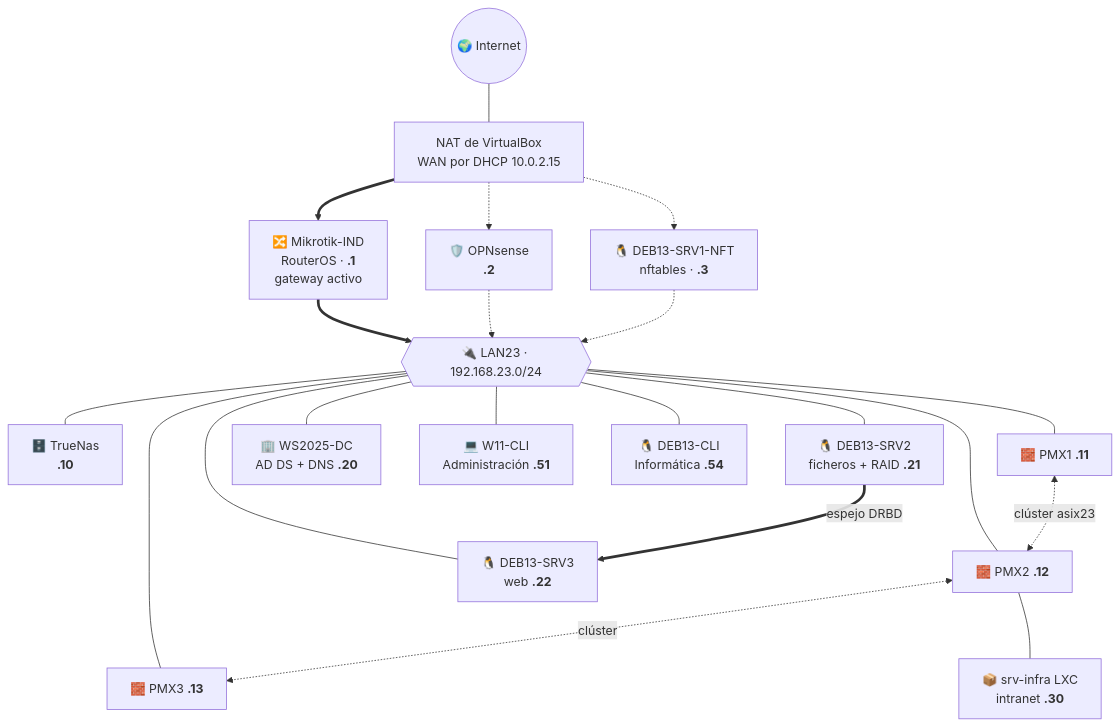
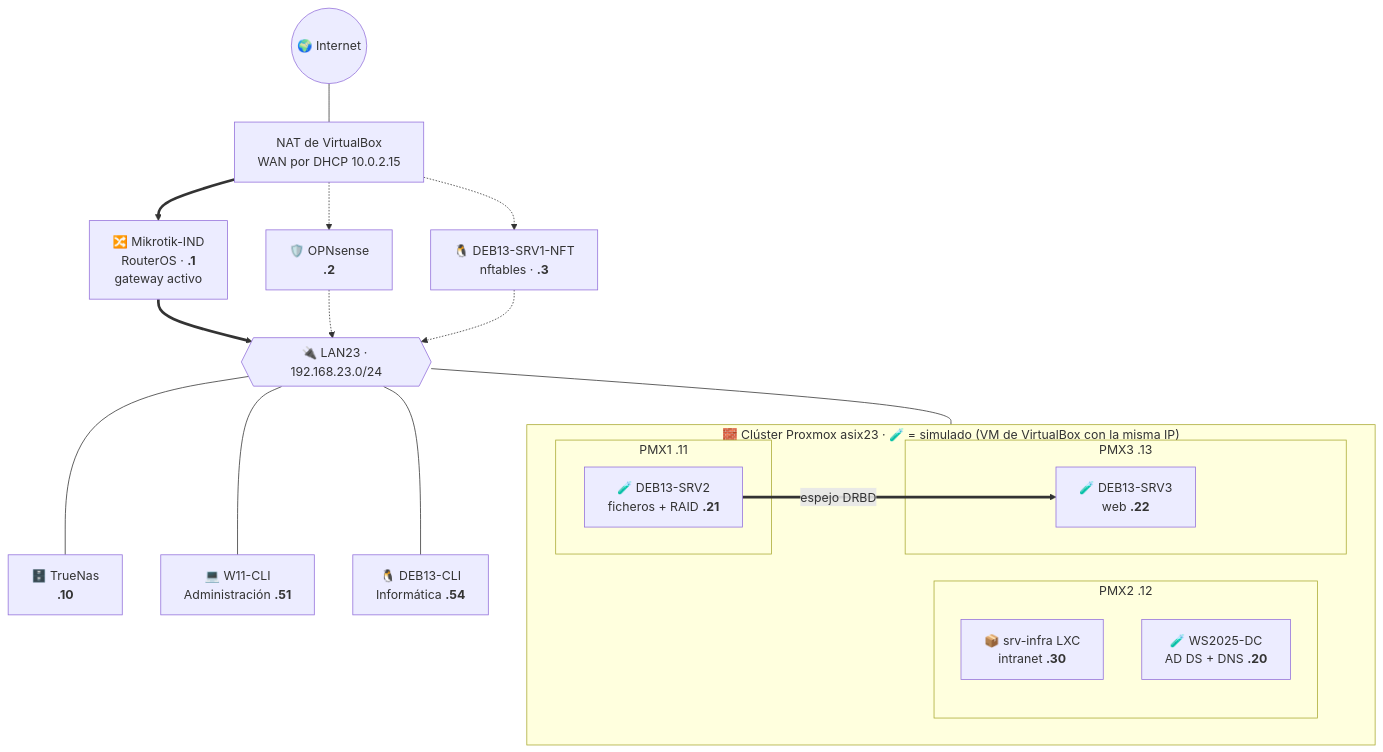
Before and after one commit to ethan3232/iso-naix-un-sistema-individual: the diagram in README.md, drawn with Mermaid. The commit also changed other lines of this file and 6 other files, not shown here.

Commit message:
Esquema de red: DEB13-SRV2, DEB13-SRV3 y WS2025-DC dentro del clúster Proxmox (simulados fuera por falta de RAM), con reparto por nodos y explicación en 04 §5.1

````diff
--- a/README.md
+++ b/README.md
@@ -47,23 +47,27 @@
 ```mermaid
 flowchart TB
     INET((🌍 Internet)) --- NAT[NAT de VirtualBox<br/>WAN por DHCP 10.0.2.15]
     NAT ==> MK[🔀 Mikrotik-IND<br/>RouterOS · <b>.1</b><br/>gateway activo]
     NAT -.-> OPN[🛡️ OPNsense<br/><b>.2</b>]
     NAT -.-> DEB[🐧 DEB13-SRV1-NFT<br/>nftables · <b>.3</b>]
     MK ==> SW{{"🔌 LAN23 · 192.168.23.0/24"}}
     OPN -.-> SW
     DEB -.-> SW
     SW --- NAS[🗄️ TrueNas<br/><b>.10</b>]
-    SW --- PVE1[🧱 PMX1 <b>.11</b>]
-    SW --- PVE2[🧱 PMX2 <b>.12</b>]
-    SW --- PVE3[🧱 PMX3 <b>.13</b>]
-    PVE1 <-. clúster asix23 .-> PVE2
-    PVE2 <-. clúster .-> PVE3
-    SW --- S2[🐧 DEB13-SRV2<br/>ficheros + RAID <b>.21</b>]
-    SW --- S3[🐧 DEB13-SRV3<br/>web <b>.22</b>]
+    subgraph CL["🧱 Clúster Proxmox asix23 · 🧪 = simulado (VM de VirtualBox con la misma IP)"]
+        subgraph PVE1["PMX1 .11"]
+            S2[🧪 DEB13-SRV2<br/>ficheros + RAID <b>.21</b>]
+        end
+        subgraph PVE2["PMX2 .12"]
+            CT[📦 srv-infra LXC<br/>intranet <b>.30</b>]
+            DC[🧪 WS2025-DC<br/>AD DS + DNS <b>.20</b>]
+        end
+        subgraph PVE3["PMX3 .13"]
+            S3[🧪 DEB13-SRV3<br/>web <b>.22</b>]
+        end
+    end
+    SW --- CL
     S2 == espejo DRBD ==> S3
-    PVE2 --- CT[📦 srv-infra LXC<br/>intranet <b>.30</b>]
-    SW --- DC[🏢 WS2025-DC<br/>AD DS + DNS <b>.20</b>]
     SW --- C1[💻 W11-CLI<br/>Administración <b>.51</b>]
     SW --- C2[🐧 DEB13-CLI<br/>Informática <b>.54</b>]
 ```
````
